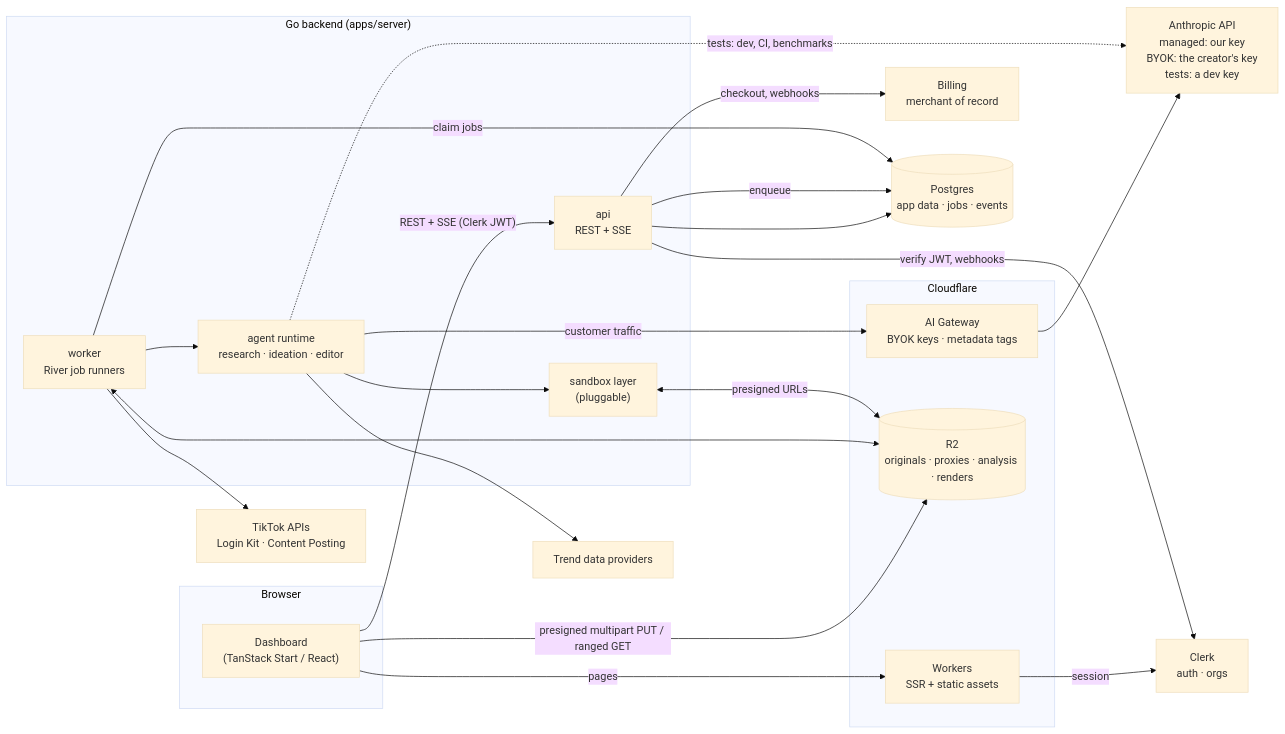
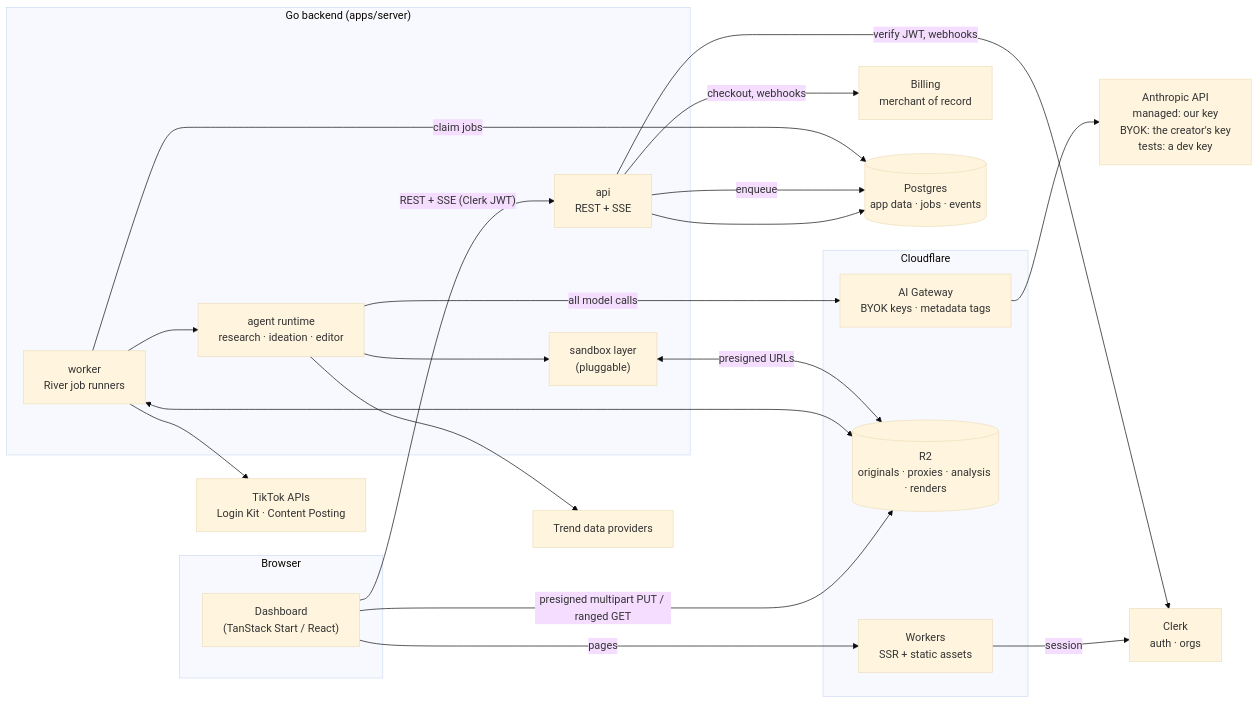
One commit to nilpntr/content-fabrique changed the first of 4 diagrams in docs/03-architecture.md. Above: the diagram before and after it, drawn with Mermaid (base theme). The commit also changed other lines of this file and 6 other files, not shown here.

````diff
--- a/docs/03-architecture.md
+++ b/docs/03-architecture.md
@@ -19,46 +19,45 @@
 ```mermaid
 flowchart LR
   subgraph Client[Browser]
     UI["Dashboard<br/>(TanStack Start / React)"]
   end
 
   subgraph CF[Cloudflare]
     WEB["Workers<br/>SSR + static assets"]
     R2[("R2<br/>originals · proxies · analysis · renders")]
     GW["AI Gateway<br/>BYOK keys · metadata tags"]
   end
 
   CLERK["Clerk<br/>auth · orgs"]
   BILL["Billing<br/>merchant of record"]
 
   subgraph BE["Go backend (apps/server)"]
     API["api<br/>REST + SSE"]
     WRK["worker<br/>River job runners"]
     AGT["agent runtime<br/>research · ideation · editor"]
     SBX["sandbox layer<br/>(pluggable)"]
   end
 
   PG[("Postgres<br/>app data · jobs · events")]
   LLM["Anthropic API<br/>managed: our key<br/>BYOK: the creator's key<br/>tests: a dev key"]
   TRD["Trend data providers"]
   TT["TikTok APIs<br/>Login Kit · Content Posting"]
 
   UI -->|pages| WEB
   WEB -->|session| CLERK
   UI -->|"REST + SSE (Clerk JWT)"| API
   UI -->|"presigned multipart PUT / ranged GET"| R2
   API --> PG
   API -->|verify JWT, webhooks| CLERK
   API -->|checkout, webhooks| BILL
   API -->|enqueue| PG
   WRK -->|claim jobs| PG
   WRK <--> R2
   WRK --> AGT
-  AGT -->|customer traffic| GW
+  AGT -->|all model calls| GW
   GW --> LLM
-  AGT -.->|"tests: dev, CI, benchmarks"| LLM
   AGT --> TRD
   AGT --> SBX
   SBX <-->|presigned URLs| R2
   WRK --> TT
 ```
````
